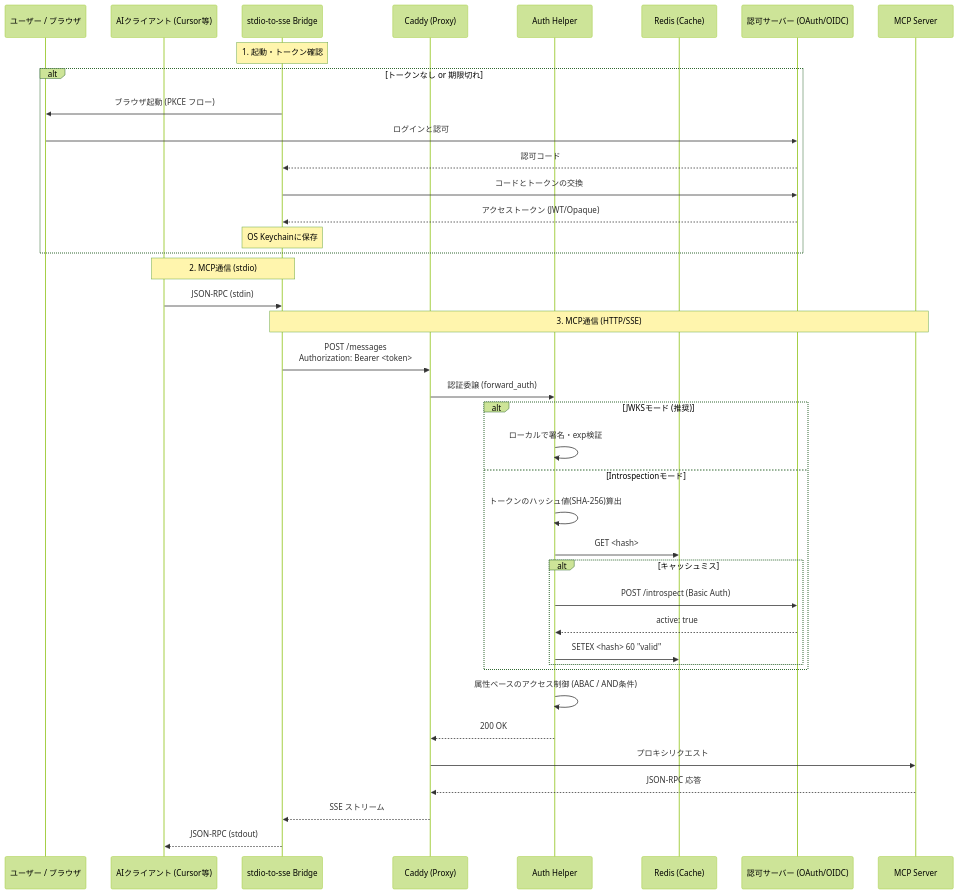
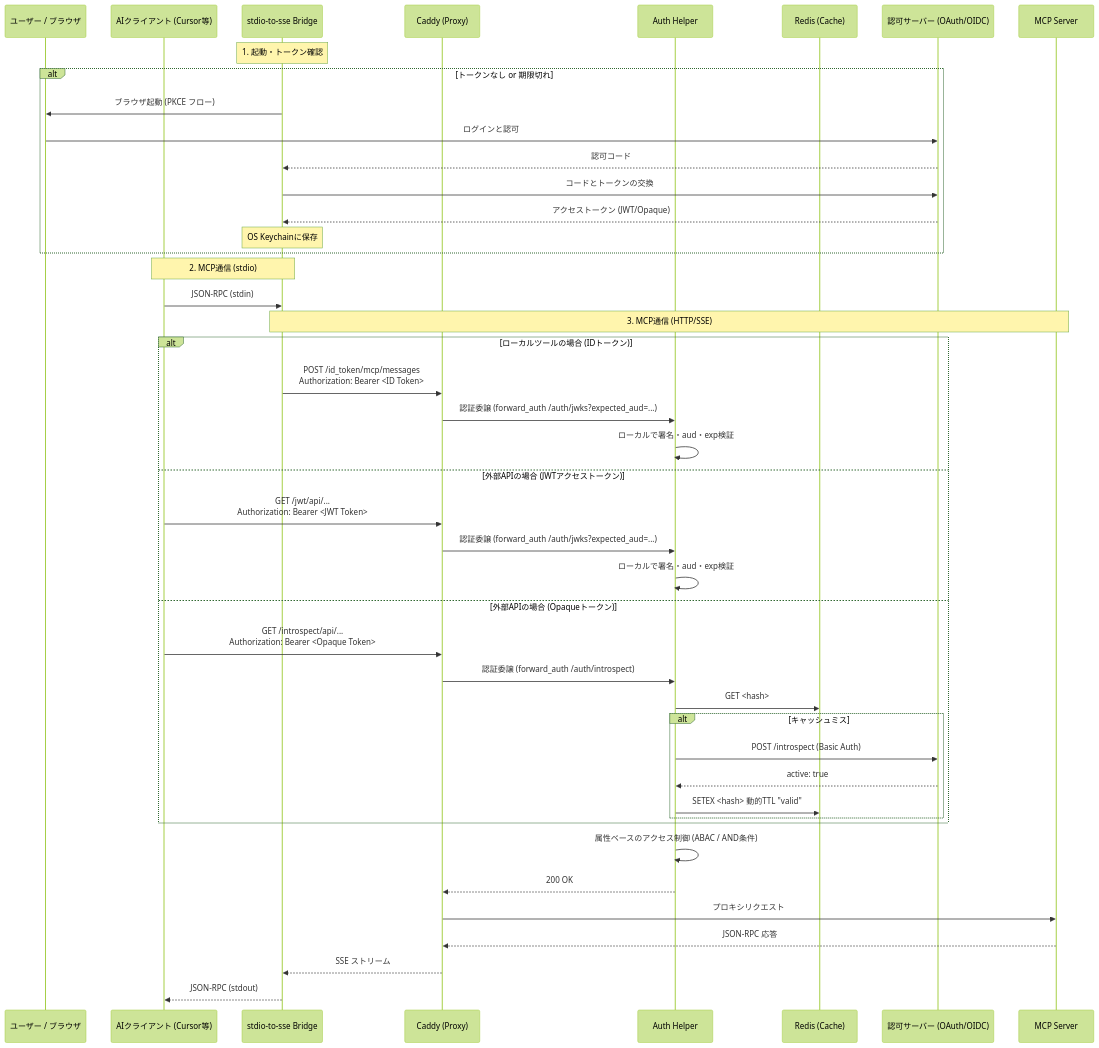
One commit to ryodocx/remote-rag changed the second of 2 diagrams in docs/ARCHITECTURE.md. Above: the diagram before and after it, drawn with Mermaid (forest theme). The commit also changed other lines of this file and 7 other files, not shown here.

Commit message:
docs: update architecture, okta setup, and endpoints documentation

````diff
--- a/docs/ARCHITECTURE.md
+++ b/docs/ARCHITECTURE.md
@@ -38,49 +38,53 @@
 ```mermaid
 sequenceDiagram
     participant User as ユーザー / ブラウザ
     participant AI as AIクライアント (Cursor等)
     participant Bridge as stdio-to-sse Bridge
     participant Caddy as Caddy (Proxy)
     participant Auth as Auth Helper
     participant Redis as Redis (Cache)
     participant IdP as 認可サーバー (OAuth/OIDC)
     participant MCP as MCP Server
 
     Note over Bridge: 1. 起動・トークン確認
     alt トークンなし or 期限切れ
         Bridge->>User: ブラウザ起動 (PKCE フロー)
         User->>IdP: ログインと認可
         IdP-->>Bridge: 認可コード
         Bridge->>IdP: コードとトークンの交換
         IdP-->>Bridge: アクセストークン (JWT/Opaque)
         Note over Bridge: OS Keychainに保存
     end
 
     Note over AI, Bridge: 2. MCP通信 (stdio)
     AI->>Bridge: JSON-RPC (stdin)
     
     Note over Bridge, MCP: 3. MCP通信 (HTTP/SSE)
-    Bridge->>Caddy: POST /messages<br/>Authorization: Bearer <token>
     
-    Caddy->>Auth: 認証委譲 (forward_auth)
-    
-    alt JWKSモード (推奨)
-        Auth->>Auth: ローカルで署名・exp検証
-    else Introspectionモード
-        Auth->>Auth: トークンのハッシュ値(SHA-256)算出
+    alt ローカルツールの場合 (IDトークン)
+        Bridge->>Caddy: POST /id_token/mcp/messages<br/>Authorization: Bearer <ID Token>
+        Caddy->>Auth: 認証委譲 (forward_auth /auth/jwks?expected_aud=...)
+        Auth->>Auth: ローカルで署名・aud・exp検証
+    else 外部APIの場合 (JWTアクセストークン)
+        AI->>Caddy: GET /jwt/api/...<br/>Authorization: Bearer <JWT Token>
+        Caddy->>Auth: 認証委譲 (forward_auth /auth/jwks?expected_aud=...)
+        Auth->>Auth: ローカルで署名・aud・exp検証
+    else 外部APIの場合 (Opaqueトークン)
+        AI->>Caddy: GET /introspect/api/...<br/>Authorization: Bearer <Opaque Token>
+        Caddy->>Auth: 認証委譲 (forward_auth /auth/introspect)
         Auth->>Redis: GET <hash>
         alt キャッシュミス
             Auth->>IdP: POST /introspect (Basic Auth)
             IdP-->>Auth: active: true
-            Auth->>Redis: SETEX <hash> 60 "valid"
+            Auth->>Redis: SETEX <hash> 動的TTL "valid"
         end
     end
     
     Auth->>Auth: 属性ベースのアクセス制御 (ABAC / AND条件)
     
     Auth-->>Caddy: 200 OK
     Caddy->>MCP: プロキシリクエスト
     MCP-->>Caddy: JSON-RPC 応答
     Caddy-->>Bridge: SSE ストリーム
     Bridge-->>AI: JSON-RPC (stdout)
 ```
````
